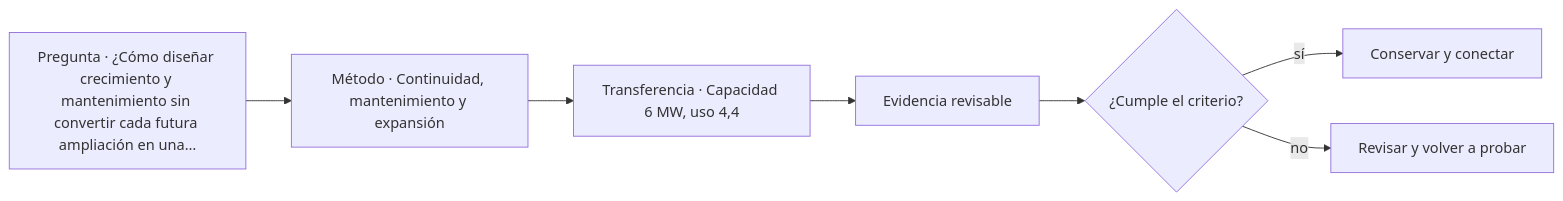
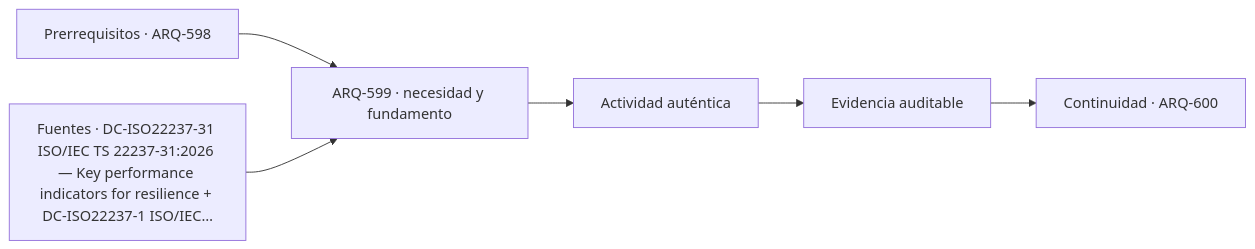
Before and after one commit to vladimiracunadev-create/architecture-built-environment-learning-program: the diagram in classes/parte-60/ARQ-599.md, drawn with Mermaid. The commit also changed other lines of this file and 761 other files, not shown here.

````diff
--- a/classes/parte-60/ARQ-599.md
+++ b/classes/parte-60/ARQ-599.md
@@ -93,9 +105,8 @@
 ```mermaid
 flowchart LR
-    Q["Pregunta · ¿Cómo diseñar crecimiento y mantenimiento sin convertir cada futura ampliación en una…"] --> M["Método · Continuidad, mantenimiento y expansión"]
-    M --> P["Transferencia · Capacidad 6 MW, uso 4,4"]
-    P --> E["Evidencia revisable"]
-    E --> C{"¿Cumple el criterio?"}
-    C -->|sí| T["Conservar y conectar"]
-    C -->|no| R["Revisar y volver a probar"]
+    A["Prerrequisitos · ARQ-598"] --> B["ARQ-599 · necesidad y fundamento"]
+    S["Fuentes · DC-ISO22237-31 ISO/IEC TS 22237-31:2026 — Key performance indicators for resilience + DC-ISO22237-1 ISO/IEC…"] --> B
+    B --> C["Actividad auténtica"]
+    C --> D["Evidencia auditable"]
+    D --> E["Continuidad · ARQ-600"]
 ```
````
